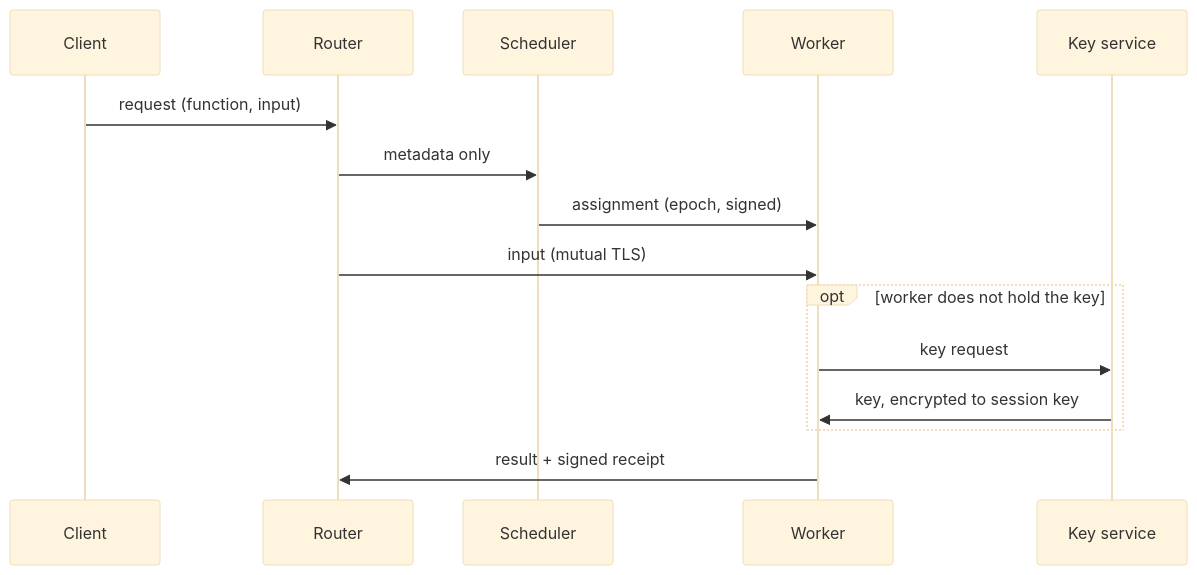
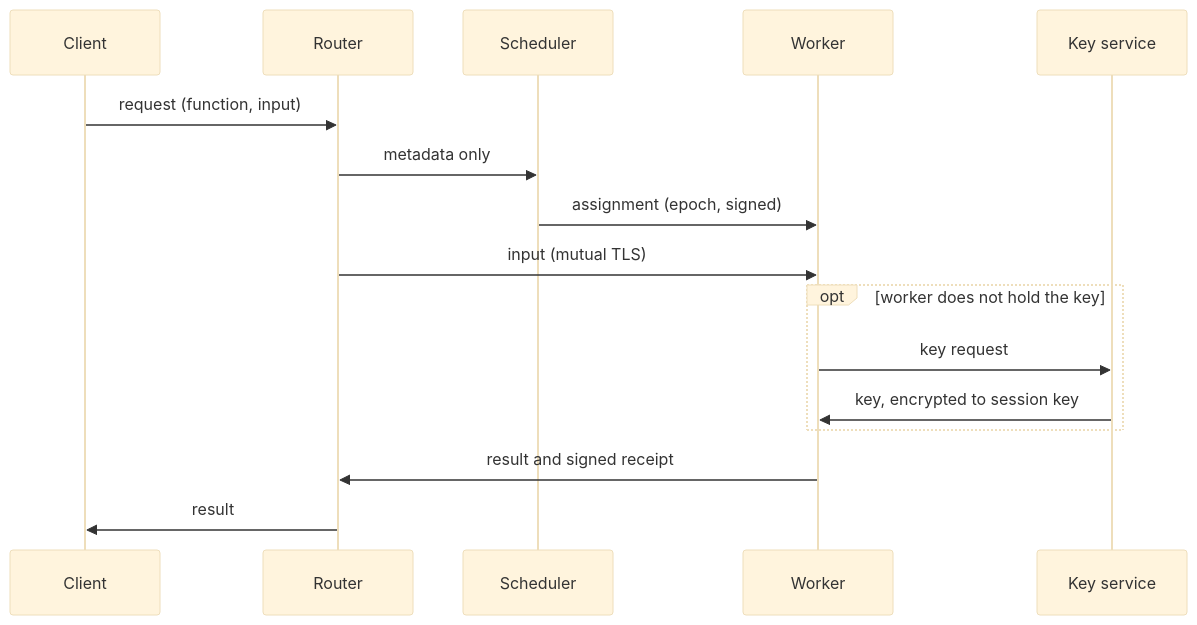
Before and after one commit to aalhadsawane/VOSS: the fourth of 4 diagrams in docs/explainer/voss-explained.md, drawn with Mermaid (base theme). The commit also changed other lines of this file, not shown here.

````diff
--- a/docs/explainer/voss-explained.md
+++ b/docs/explainer/voss-explained.md
@@ -224,17 +243,18 @@
 ```mermaid
 sequenceDiagram
   participant C as Client
   participant R as Router
   participant S as Scheduler
   participant W as Worker
   participant K as Key service
   C->>R: request (function, input)
   R->>S: metadata only
   S->>W: assignment (epoch, signed)
   R->>W: input (mutual TLS)
   opt worker does not hold the key
     W->>K: key request
     K->>W: key, encrypted to session key
   end
-  W->>R: result + signed receipt
+  W->>R: result and signed receipt
+  R->>C: result
 ```
````
